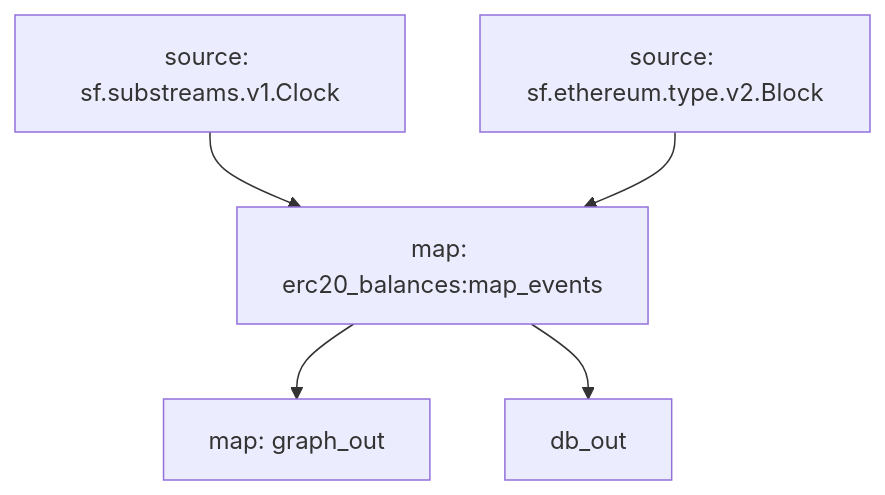
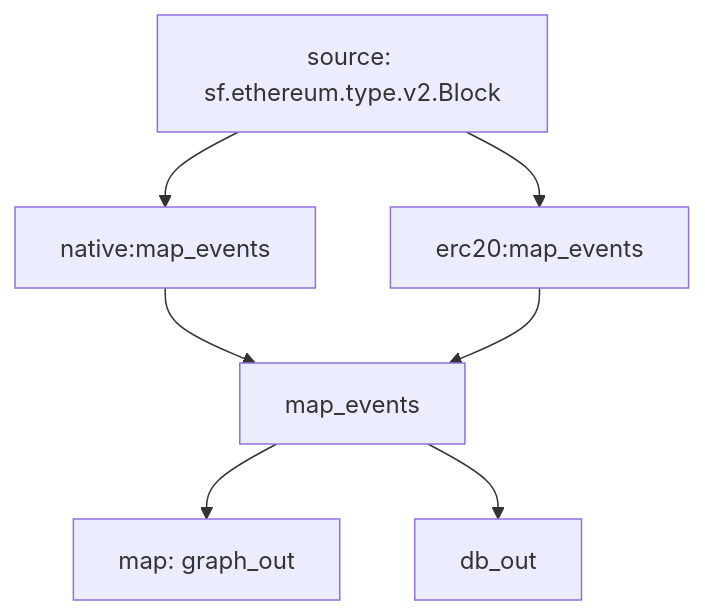
Before and after one commit to streamingfast/substreams-erc20-balance-changes: the diagram in README.md, drawn with Mermaid. The commit also changed other lines of this file, not shown here.

````diff
--- a/README.md
+++ b/README.md
@@ -24,9 +24,11 @@
 ```mermaid
 graph TD;
   graph_out[map: graph_out];
-  erc20_balances:map_events --> graph_out;
-  erc20_balances:map_events --> db_out;
-  erc20_balances:map_events[map: erc20_balances:map_events];
-  sf.substreams.v1.Clock[source: sf.substreams.v1.Clock] --> erc20_balances:map_events;
-  sf.ethereum.type.v2.Block[source: sf.ethereum.type.v2.Block] --> erc20_balances:map_events;
+  native:map_events --> map_events;
+  erc20:map_events --> map_events;
+
+  map_events --> graph_out;
+  map_events --> db_out;
+  sf.ethereum.type.v2.Block[source: sf.ethereum.type.v2.Block] --> erc20:map_events;
+  sf.ethereum.type.v2.Block[source: sf.ethereum.type.v2.Block] --> native:map_events;
 ```
````
